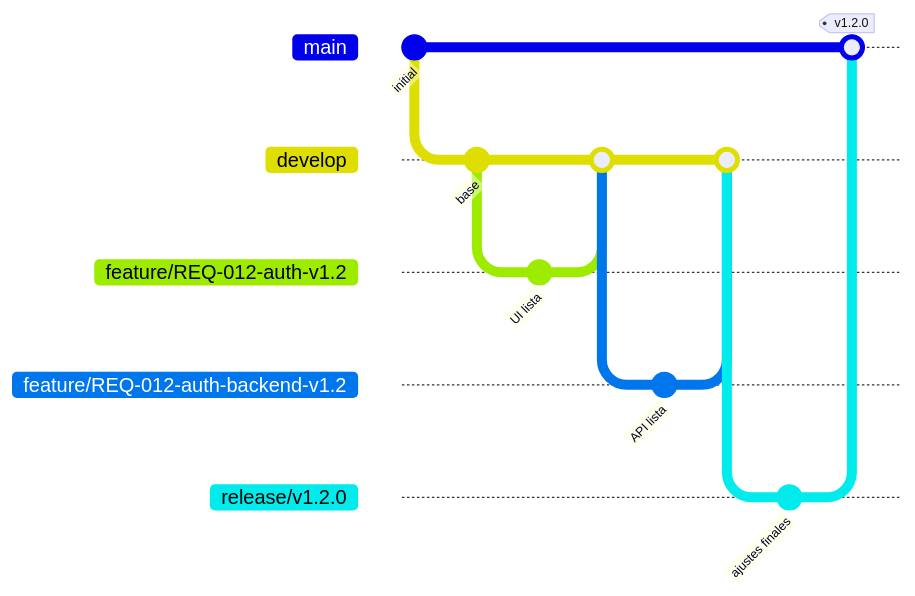
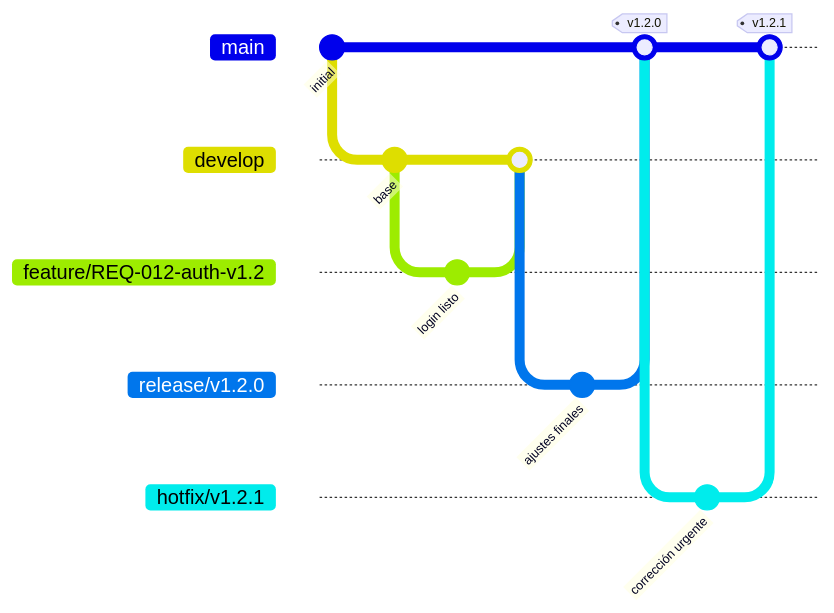
The second of 2 diagrams in domer/gobernanza-domer-software.md (ElmerMosquera2/cronicas-de-un-ingeniero), drawn with Mermaid before and after one commit. The commit also changed other lines of this file, not shown here.

````diff
--- a/domer/gobernanza-domer-software.md
+++ b/domer/gobernanza-domer-software.md
@@ -339,22 +305,22 @@
 ```mermaid
 gitGraph
    commit id:"initial"
    branch develop
    checkout develop
    commit id:"base"
    branch feature/REQ-012-auth-v1.2
    checkout feature/REQ-012-auth-v1.2
-   commit id:"UI lista"
+   commit id:"login listo"
    checkout develop
    merge feature/REQ-012-auth-v1.2
-   branch feature/REQ-012-auth-backend-v1.2
-   checkout feature/REQ-012-auth-backend-v1.2
-   commit id:"API lista"
-   checkout develop
-   merge feature/REQ-012-auth-backend-v1.2
    branch release/v1.2.0
    checkout release/v1.2.0
    commit id:"ajustes finales"
    checkout main
    merge release/v1.2.0 tag:"v1.2.0"
+   branch hotfix/v1.2.1
+   checkout hotfix/v1.2.1
+   commit id:"corrección urgente"
+   checkout main
+   merge hotfix/v1.2.1 tag:"v1.2.1"
 ```
````
